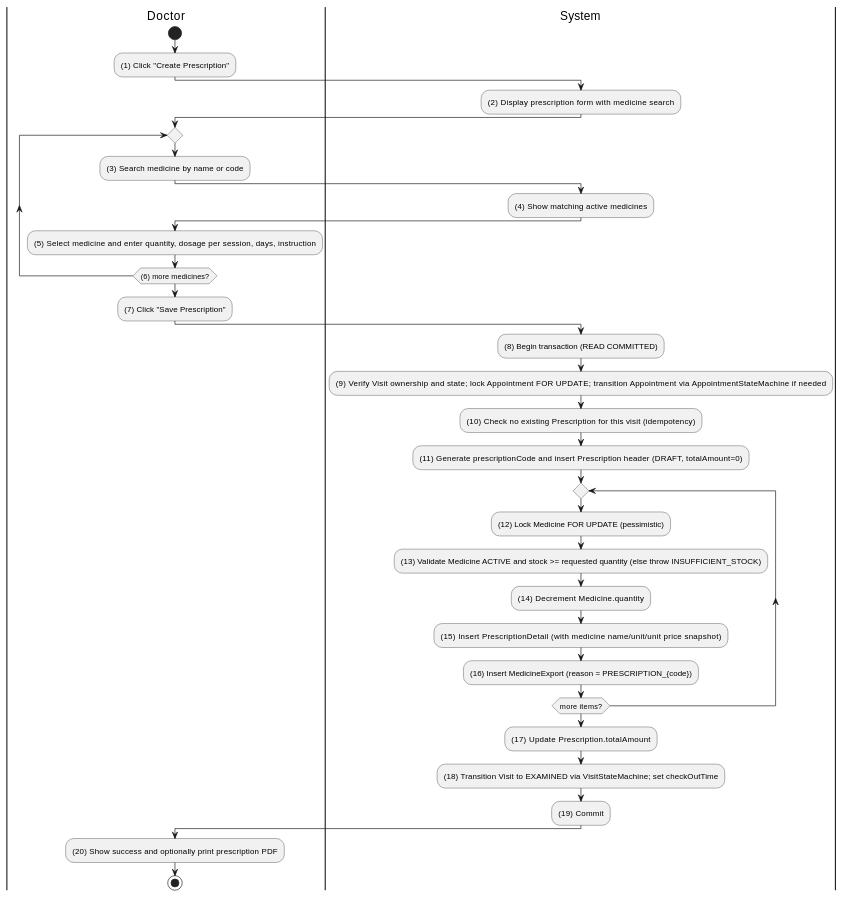
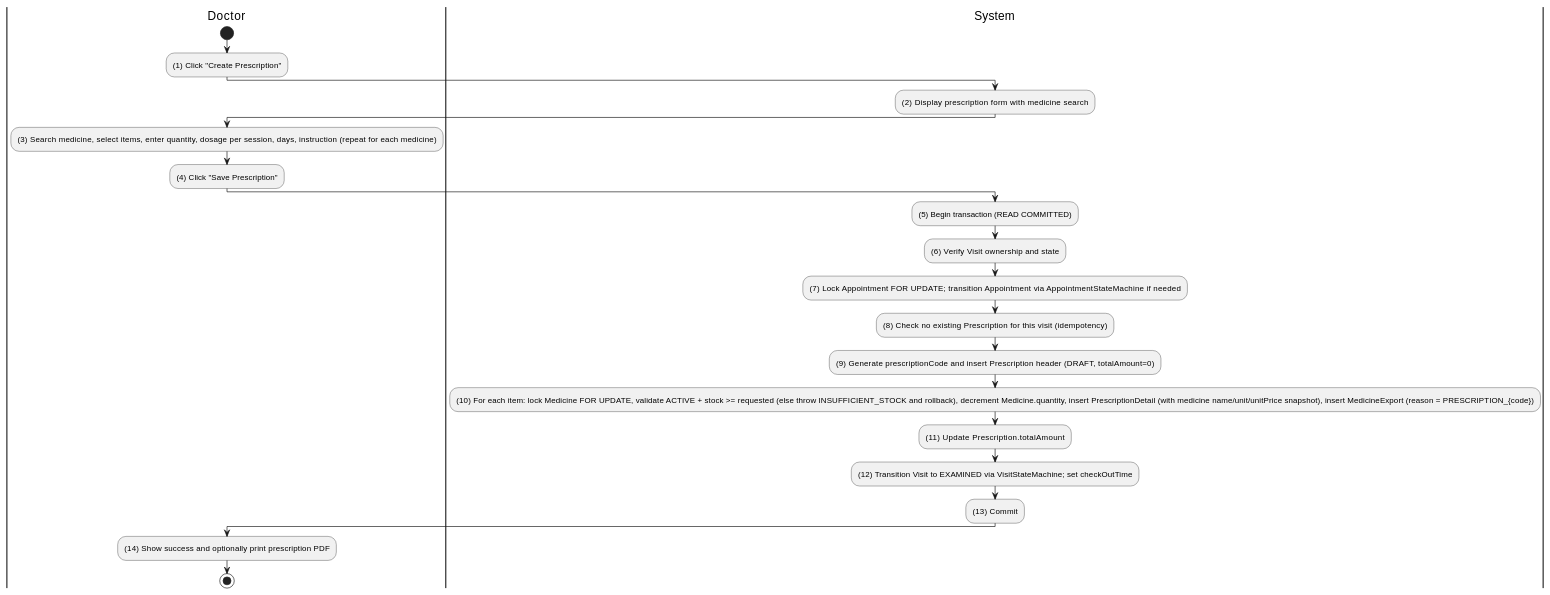
Before and after one commit to MinhThienNguyen040905/SE356---He-thong-phong-kham: diagram 15 of 27 in Docs/SRS.md, drawn with PlantUML. The commit also changed other lines of this file, not shown here.

Commit message:
Refactor prescription creation process for improved clarity and transaction handling

````diff
--- a/Docs/SRS.md
+++ b/Docs/SRS.md
@@ -875,36 +875,25 @@
 ```plantuml
 @startuml
 |Doctor|
 start
 :(1) Click "Create Prescription";
 |System|
 :(2) Display prescription form with medicine search;
 |Doctor|
-repeat
-  :(3) Search medicine by name or code;
-  |System|
-  :(4) Show matching active medicines;
-  |Doctor|
-  :(5) Select medicine and enter quantity, dosage per session, days, instruction;
-repeat while ((6) more medicines?)
-:(7) Click "Save Prescription";
+:(3) Search medicine, select items, enter quantity, dosage per session, days, instruction (repeat for each medicine);
+:(4) Click "Save Prescription";
 |System|
-:(8) Begin transaction (READ COMMITTED);
-:(9) Verify Visit ownership and state; lock Appointment FOR UPDATE; transition Appointment via AppointmentStateMachine if needed;
-:(10) Check no existing Prescription for this visit (idempotency);
-:(11) Generate prescriptionCode and insert Prescription header (DRAFT, totalAmount=0);
-repeat
-  :(12) Lock Medicine FOR UPDATE (pessimistic);
-  :(13) Validate Medicine ACTIVE and stock >= requested quantity (else throw INSUFFICIENT_STOCK);
-  :(14) Decrement Medicine.quantity;
-  :(15) Insert PrescriptionDetail (with medicine name/unit/unit price snapshot);
-  :(16) Insert MedicineExport (reason = PRESCRIPTION_{code});
-repeat while (more items?)
-:(17) Update Prescription.totalAmount;
-:(18) Transition Visit to EXAMINED via VisitStateMachine; set checkOutTime;
-:(19) Commit;
+:(5) Begin transaction (READ COMMITTED);
+:(6) Verify Visit ownership and state;
+:(7) Lock Appointment FOR UPDATE; transition Appointment via AppointmentStateMachine if needed;
+:(8) Check no existing Prescription for this visit (idempotency);
+:(9) Generate prescriptionCode and insert Prescription header (DRAFT, totalAmount=0);
+:(10) For each item: lock Medicine FOR UPDATE, validate ACTIVE + stock >= requested (else throw INSUFFICIENT_STOCK and rollback), decrement Medicine.quantity, insert PrescriptionDetail (with medicine name/unit/unitPrice snapshot), insert MedicineExport (reason = PRESCRIPTION_{code});
+:(11) Update Prescription.totalAmount;
+:(12) Transition Visit to EXAMINED via VisitStateMachine; set checkOutTime;
+:(13) Commit;
 |Doctor|
-:(20) Show success and optionally print prescription PDF;
+:(14) Show success and optionally print prescription PDF;
 stop
 @enduml
 ```
````
